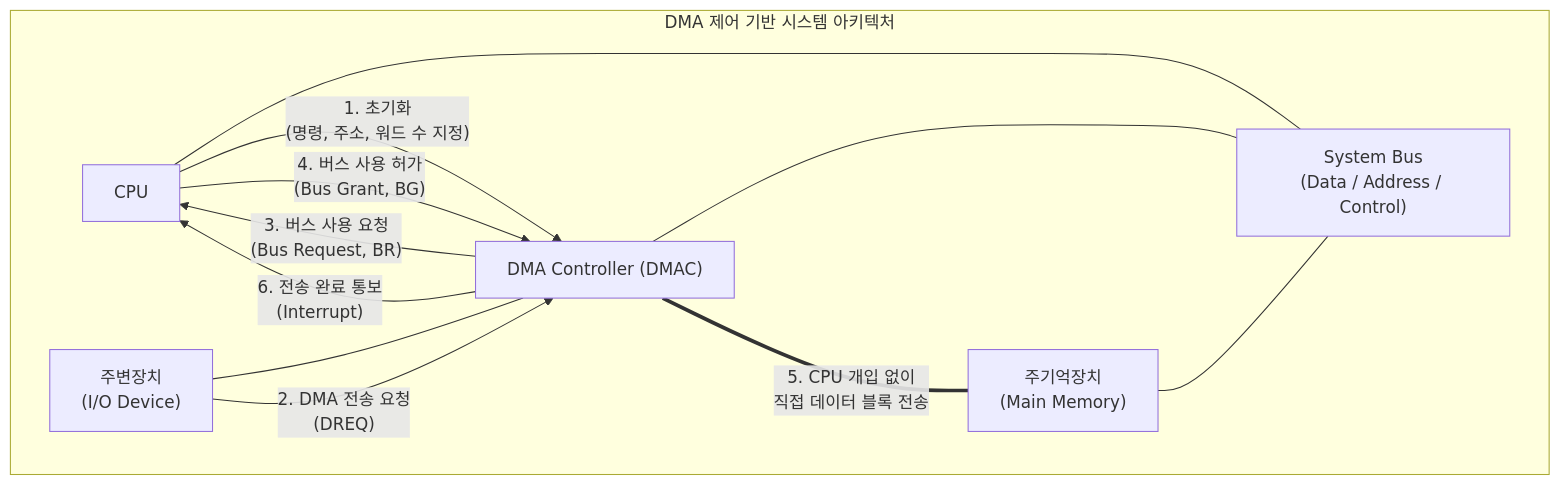
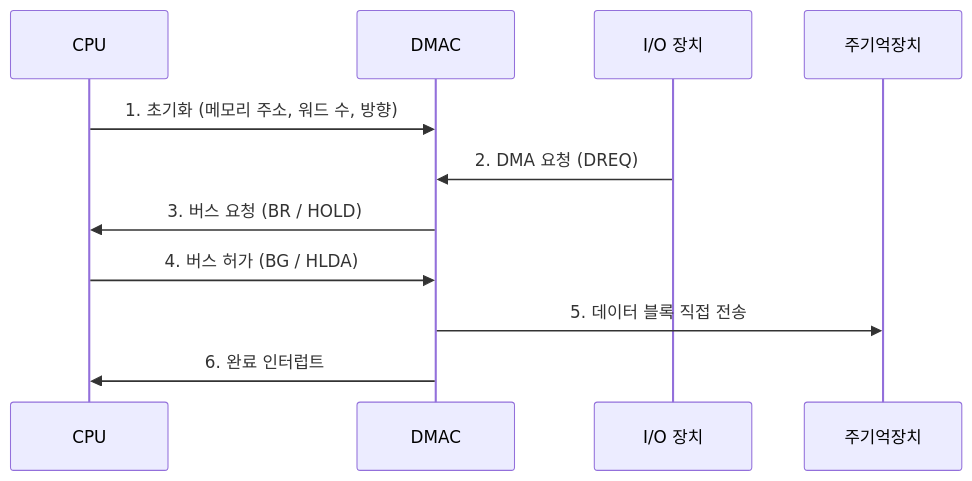
The diagram in content/01_IT Tech/DMA(Direct Memory Access).md (supremethumb/supremethumb.github.io), drawn with Mermaid before and after one commit. The commit also changed other lines of this file and 1087 other files, not shown here.

````diff
--- a/content/01_IT Tech/DMA(Direct Memory Access).md
+++ b/content/01_IT Tech/DMA(Direct Memory Access).md
@@ -27,25 +35,13 @@
 ```mermaid
-flowchart TD
-    subgraph System ["DMA 제어 기반 시스템 아키텍처"]
-        direction LR
-        CPU["CPU"]
-        DMAC["DMA Controller (DMAC)"]
-        MEM["주기억장치<br/>(Main Memory)"]
-        IO["주변장치<br/>(I/O Device)"]
-        
-        BUS["System Bus<br/>(Data / Address / Control)"]
-        
-        CPU --- BUS
-        DMAC --- BUS
-        MEM --- BUS
-        IO --- DMAC
-    end
-
-    CPU -- "1. 초기화<br/>(명령, 주소, 워드 수 지정)" --> DMAC
-    IO -- "2. DMA 전송 요청<br/>(DREQ)" --> DMAC
-    DMAC -- "3. 버스 사용 요청<br/>(Bus Request, BR)" --> CPU
-    CPU -- "4. 버스 사용 허가<br/>(Bus Grant, BG)" --> DMAC
-    DMAC == "5. CPU 개입 없이<br/>직접 데이터 블록 전송" === MEM
-    DMAC -- "6. 전송 완료 통보<br/>(Interrupt)" --> CPU
-
+sequenceDiagram
+    participant CPU
+    participant DMAC
+    participant IO as I/O 장치
+    participant MEM as 주기억장치
+    CPU->>DMAC: 1. 초기화 (메모리 주소, 워드 수, 방향)
+    IO->>DMAC: 2. DMA 요청 (DREQ)
+    DMAC->>CPU: 3. 버스 요청 (BR / HOLD)
+    CPU->>DMAC: 4. 버스 허가 (BG / HLDA)
+    DMAC->>MEM: 5. 데이터 블록 직접 전송
+    DMAC->>CPU: 6. 완료 인터럽트
 ```
````
